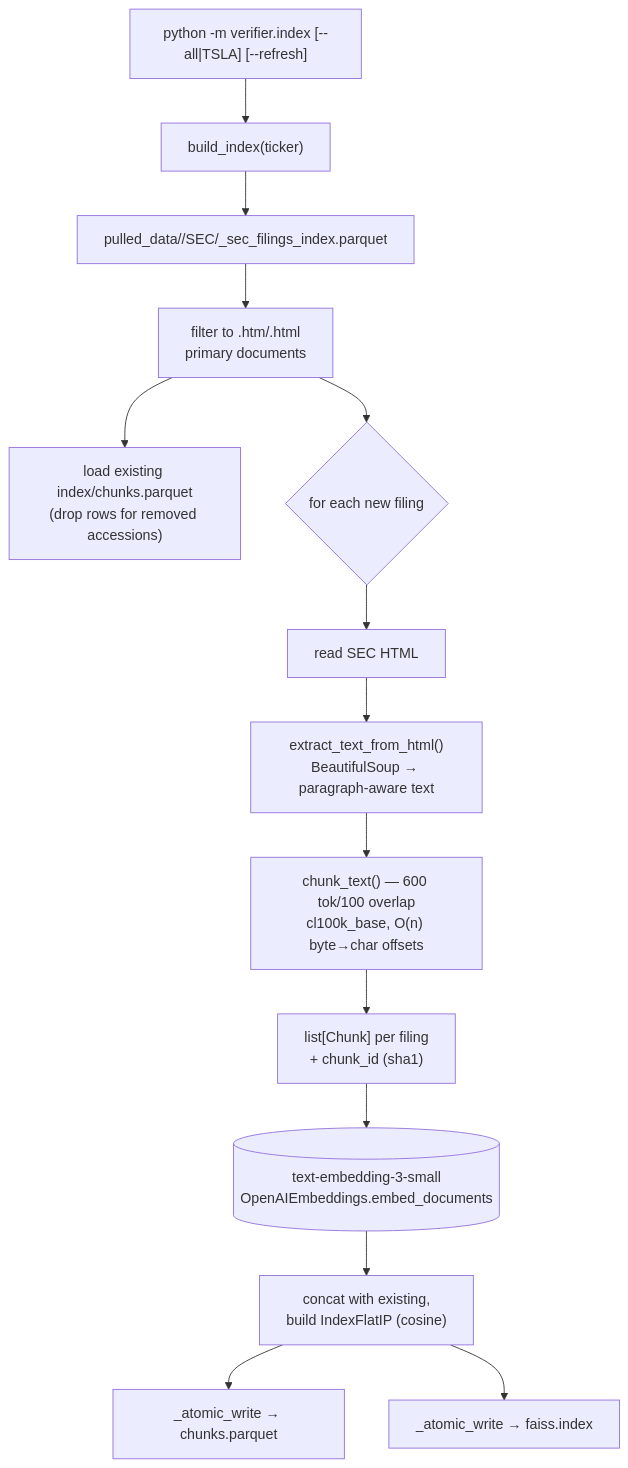
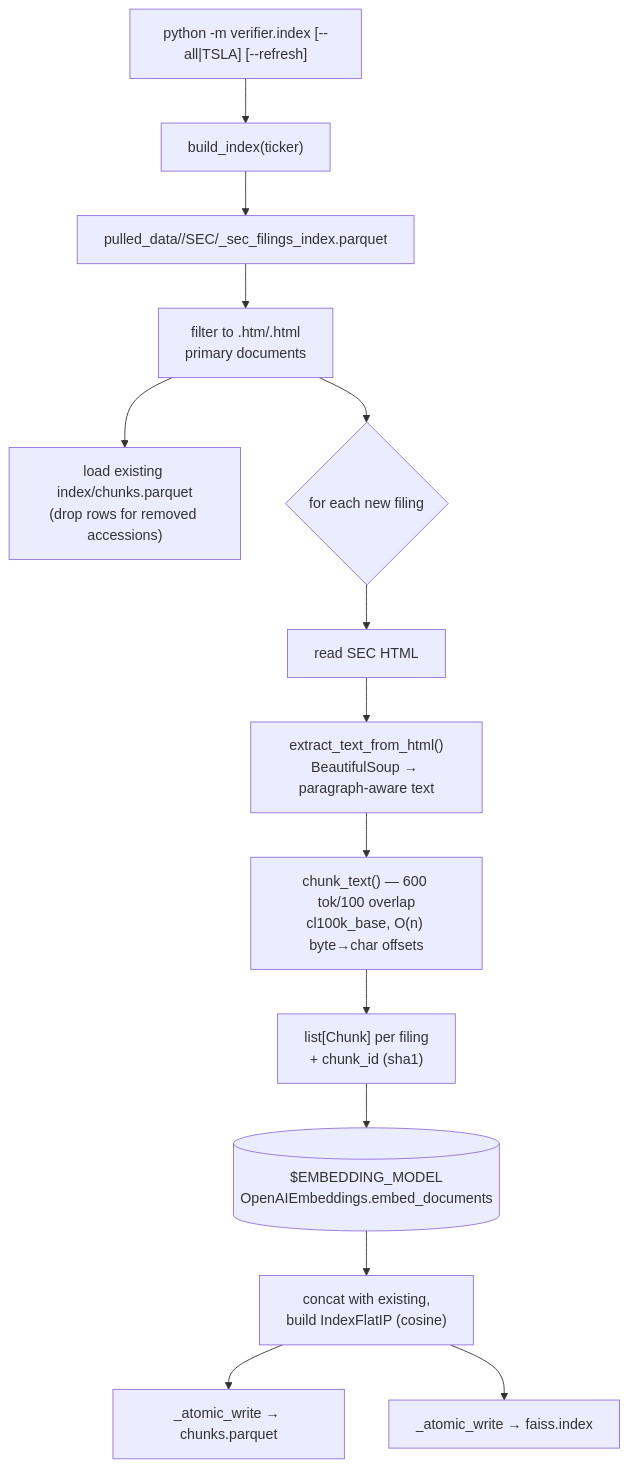
The fifth of 8 diagrams in docs/architecture.md (thomashillenbrand/finm-33200-group7), drawn with Mermaid before and after one commit. The commit also changed other lines of this file and 1 other file, not shown here.

Commit message:
update architecture doc with progress

````diff
--- a/docs/architecture.md
+++ b/docs/architecture.md
@@ -285,17 +315,17 @@
 ```mermaid
 flowchart TD
     cli["python -m verifier.index [--all|TSLA] [--refresh]"]
     cli --> idx["build_index(ticker)"]
     idx --> sec_idx["pulled_data/<T>/SEC/<T>_sec_filings_index.parquet"]
     sec_idx --> filter["filter to .htm/.html<br/>primary documents"]
     filter --> existing["load existing index/chunks.parquet<br/>(drop rows for removed accessions)"]
     filter --> chunkit{for each new filing}
     chunkit --> html["read SEC HTML"]
     html --> strip["extract_text_from_html()<br/>BeautifulSoup → paragraph-aware text"]
     strip --> tokchunk["chunk_text() — 600 tok/100 overlap<br/>cl100k_base, O(n) byte→char offsets"]
     tokchunk --> chunks["list[Chunk] per filing<br/>+ chunk_id (sha1)"]
-    chunks --> embed[("text-embedding-3-small<br/>OpenAIEmbeddings.embed_documents")]
+    chunks --> embed[("$EMBEDDING_MODEL<br/>OpenAIEmbeddings.embed_documents")]
     embed --> assemble["concat with existing,<br/>build IndexFlatIP (cosine)"]
     assemble --> atomic1["_atomic_write → chunks.parquet"]
     assemble --> atomic2["_atomic_write → faiss.index"]
 ```
````
